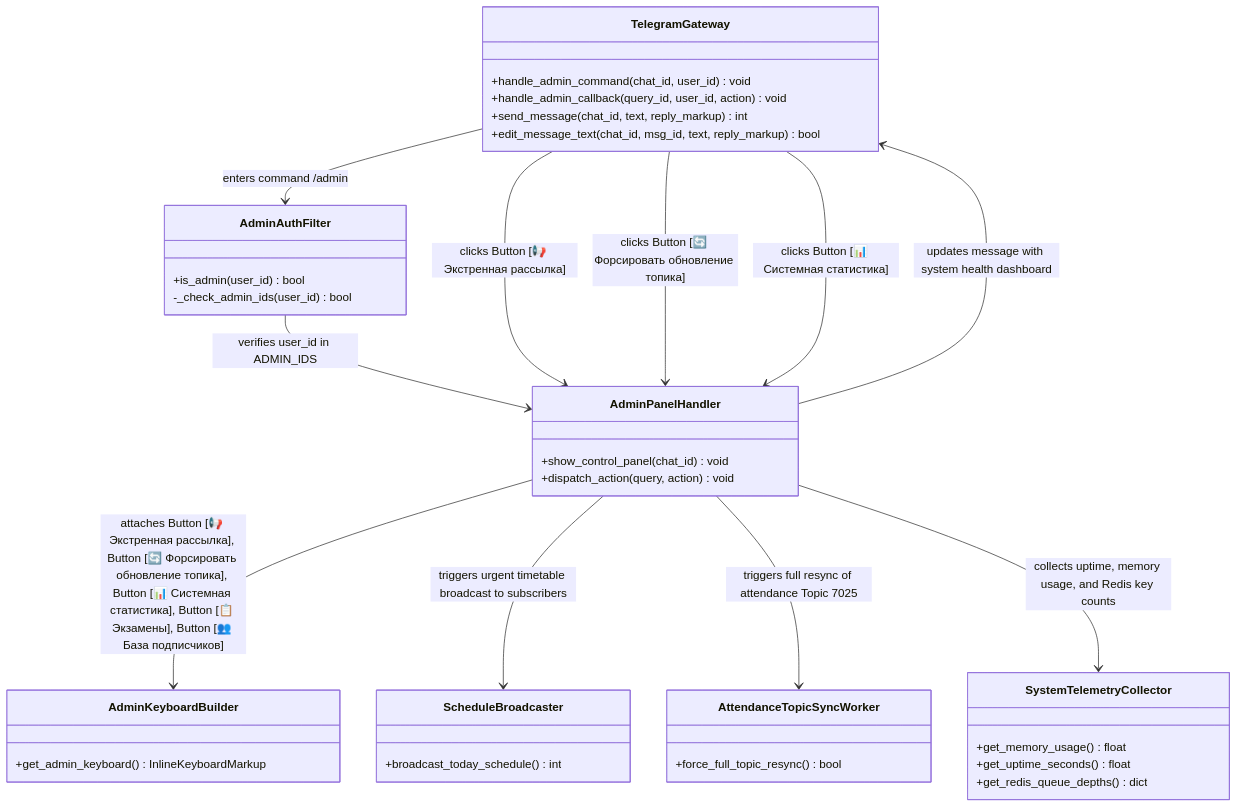
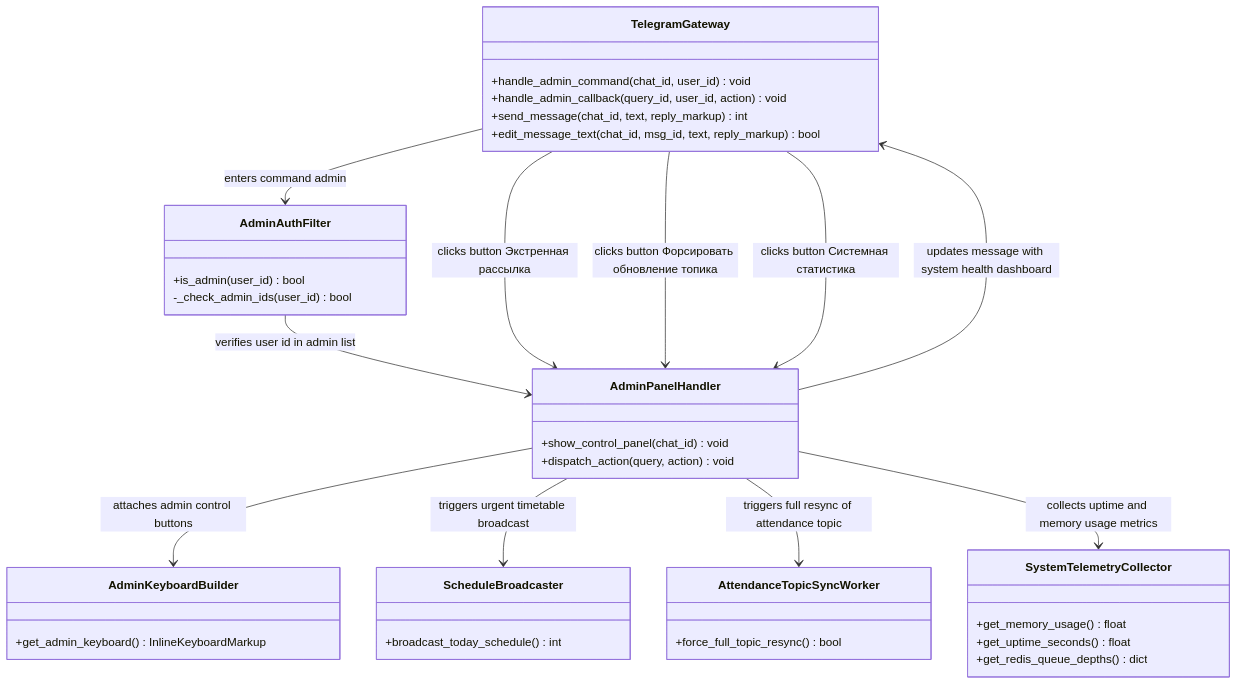
One commit to Utkautka1/para changed diagram 18 of 18 in docs/UML.md. Above: the diagram before and after it, drawn with Mermaid. The commit also changed other lines of this file, not shown here.

Commit message:
fix(uml): устранить ошибку парсинга Mermaid, очистив лейблы стрелок от кавычек

````diff
--- a/docs/UML.md
+++ b/docs/UML.md
@@ -1297,50 +1297,50 @@
 ```mermaid
 classDiagram
     direction TB
 
     class TelegramGateway {
         +handle_admin_command(chat_id, user_id) void
         +handle_admin_callback(query_id, user_id, action) void
         +send_message(chat_id, text, reply_markup) int
         +edit_message_text(chat_id, msg_id, text, reply_markup) bool
     }
 
     class AdminAuthFilter {
         +is_admin(user_id) bool
         -_check_admin_ids(user_id) bool
     }
 
     class AdminPanelHandler {
         +show_control_panel(chat_id) void
         +dispatch_action(query, action) void
     }
 
     class AdminKeyboardBuilder {
         +get_admin_keyboard() InlineKeyboardMarkup
     }
 
     class ScheduleBroadcaster {
         +broadcast_today_schedule() int
     }
 
     class AttendanceTopicSyncWorker {
         +force_full_topic_resync() bool
     }
 
     class SystemTelemetryCollector {
         +get_memory_usage() float
         +get_uptime_seconds() float
         +get_redis_queue_depths() dict
     }
 
-    TelegramGateway --> AdminAuthFilter : enters command /admin
-    AdminAuthFilter --> AdminPanelHandler : verifies user_id in ADMIN_IDS
-    AdminPanelHandler --> AdminKeyboardBuilder : attaches Button [📢 Экстренная рассылка], Button [🔄 Форсировать обновление топика], Button [📊 Системная статистика], Button [📋 Экзамены], Button [👥 База подписчиков]
-    TelegramGateway --> AdminPanelHandler : clicks Button [📢 Экстренная рассылка]
-    AdminPanelHandler --> ScheduleBroadcaster : triggers urgent timetable broadcast to subscribers
-    TelegramGateway --> AdminPanelHandler : clicks Button [🔄 Форсировать обновление топика]
-    AdminPanelHandler --> AttendanceTopicSyncWorker : triggers full resync of attendance Topic 7025
-    TelegramGateway --> AdminPanelHandler : clicks Button [📊 Системная статистика]
-    AdminPanelHandler --> SystemTelemetryCollector : collects uptime, memory usage, and Redis key counts
+    TelegramGateway --> AdminAuthFilter : enters command admin
+    AdminAuthFilter --> AdminPanelHandler : verifies user id in admin list
+    AdminPanelHandler --> AdminKeyboardBuilder : attaches admin control buttons
+    TelegramGateway --> AdminPanelHandler : clicks button Экстренная рассылка
+    AdminPanelHandler --> ScheduleBroadcaster : triggers urgent timetable broadcast
+    TelegramGateway --> AdminPanelHandler : clicks button Форсировать обновление топика
+    AdminPanelHandler --> AttendanceTopicSyncWorker : triggers full resync of attendance topic
+    TelegramGateway --> AdminPanelHandler : clicks button Системная статистика
+    AdminPanelHandler --> SystemTelemetryCollector : collects uptime and memory usage metrics
     AdminPanelHandler --> TelegramGateway : updates message with system health dashboard
 ```
````
